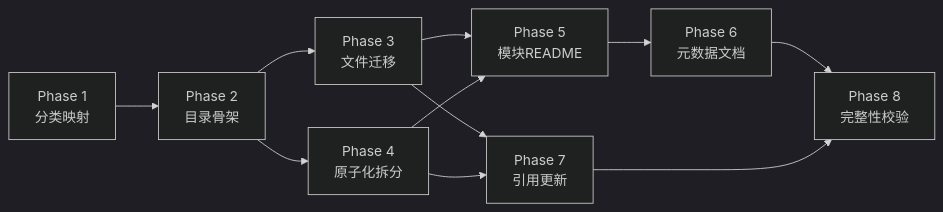
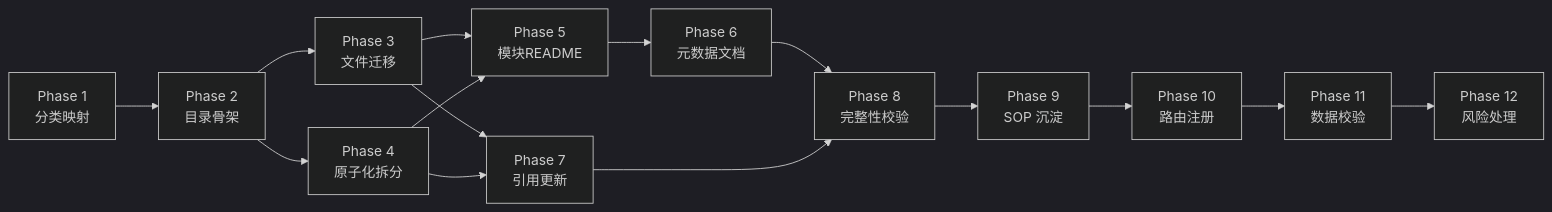
Before and after one commit to xinetzone/tao: the first of 9 diagrams in apps/chaos/.agents/docs/superpowers/retrospectives/task-summaries/documentation/task-summary-retrospectives-modularization-20260623.md, drawn with Mermaid (dark theme). The commit also changed other lines of this file and 2 other files, not shown here.

````diff
--- a/apps/chaos/.agents/docs/superpowers/retrospectives/task-summaries/documentation/task-summary-retrospectives-modularization-20260623.md
+++ b/apps/chaos/.agents/docs/superpowers/retrospectives/task-summaries/documentation/task-summary-retrospectives-modularization-20260623.md
@@ -49,13 +57,17 @@
 ```mermaid
 flowchart LR
     P1["Phase 1<br/>分类映射"] --> P2["Phase 2<br/>目录骨架"]
     P2 --> P3["Phase 3<br/>文件迁移"]
     P2 --> P4["Phase 4<br/>原子化拆分"]
     P3 --> P5["Phase 5<br/>模块README"]
     P4 --> P5
     P5 --> P6["Phase 6<br/>元数据文档"]
     P3 --> P7["Phase 7<br/>引用更新"]
     P4 --> P7
     P6 --> P8["Phase 8<br/>完整性校验"]
     P7 --> P8
+    P8 --> P9["Phase 9<br/>SOP 沉淀"]
+    P9 --> P10["Phase 10<br/>路由注册"]
+    P10 --> P11["Phase 11<br/>数据校验"]
+    P11 --> P12["Phase 12<br/>风险处理"]
 ```
````
